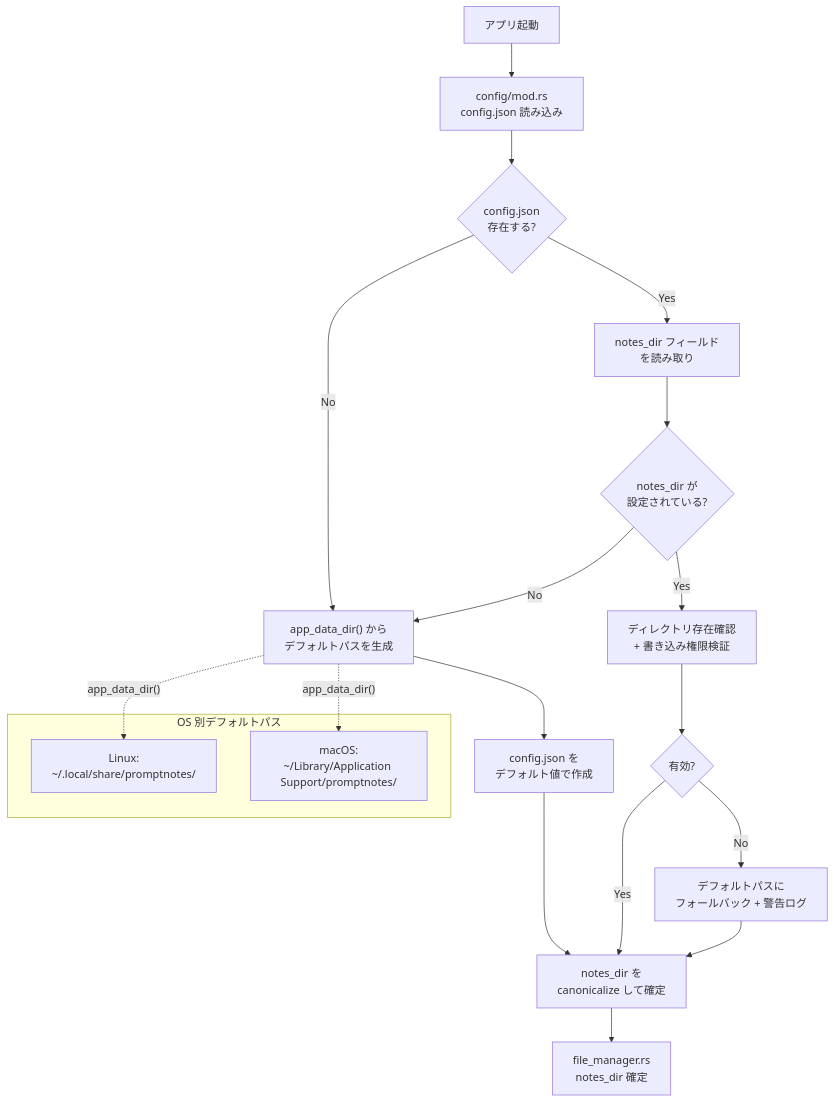
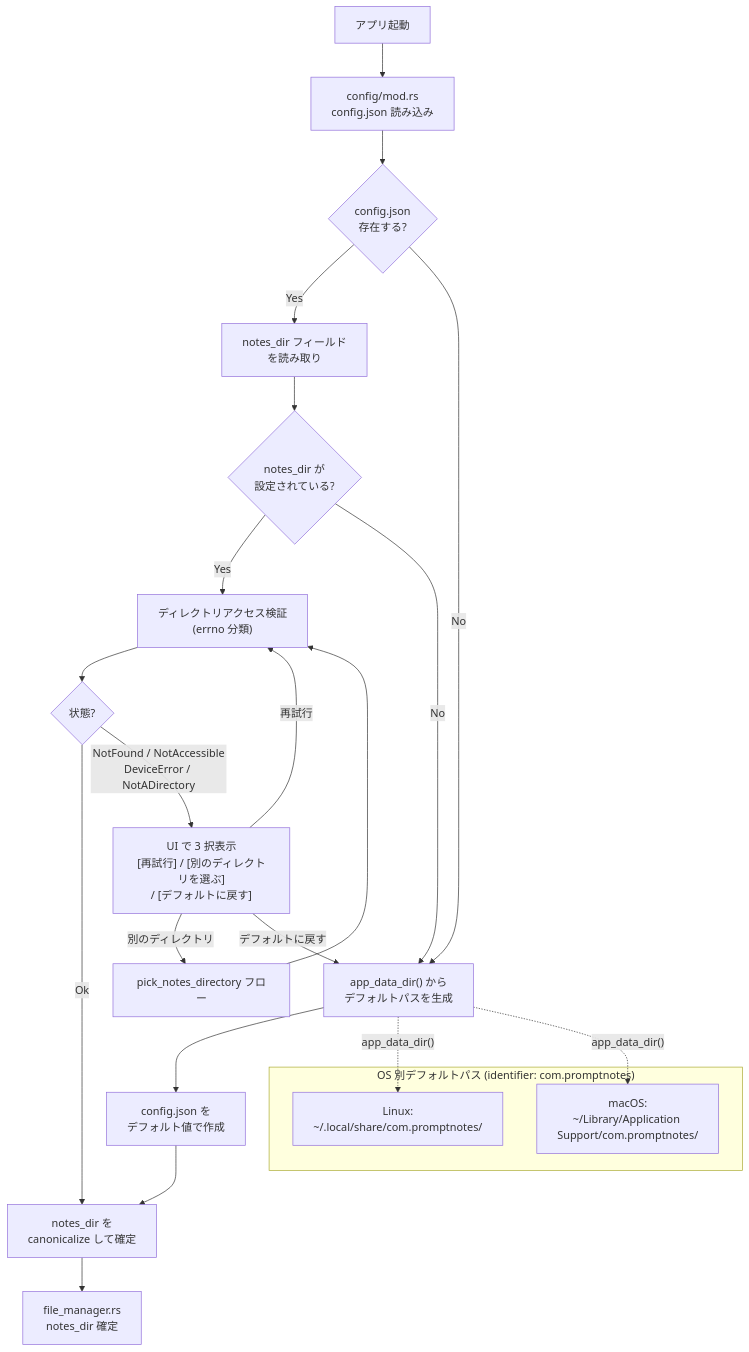
The third of 5 diagrams in docs/detailed_design/storage_fileformat_design.md (dev-komenzar/prompt-notes), drawn with Mermaid before and after one commit. The commit also changed other lines of this file and 13 other files, not shown here.

````diff
--- a/docs/detailed_design/storage_fileformat_design.md
+++ b/docs/detailed_design/storage_fileformat_design.md
@@ -157,26 +157,29 @@
 ```mermaid
 flowchart TD
     START["アプリ起動"] --> READ_CONF["config/mod.rs<br/>config.json 読み込み"]
     READ_CONF --> CONF_EXISTS{config.json<br/>存在する?}
     CONF_EXISTS -->|Yes| PARSE["notes_dir フィールド<br/>を読み取り"]
     CONF_EXISTS -->|No| DEFAULT["app_data_dir() から<br/>デフォルトパスを生成"]
     DEFAULT --> CREATE_CONF["config.json を<br/>デフォルト値で作成"]
     CREATE_CONF --> RESOLVE
     PARSE --> CUSTOM{notes_dir が<br/>設定されている?}
-    CUSTOM -->|Yes| VALIDATE["ディレクトリ存在確認<br/>+ 書き込み権限検証"]
+    CUSTOM -->|Yes| VALIDATE["ディレクトリアクセス検証<br/>(errno 分類)"]
     CUSTOM -->|No| DEFAULT
-    VALIDATE --> VALID{有効?}
-    VALID -->|Yes| RESOLVE["notes_dir を<br/>canonicalize して確定"]
-    VALID -->|No| FALLBACK["デフォルトパスに<br/>フォールバック + 警告ログ"]
-    FALLBACK --> RESOLVE
+    VALIDATE --> STATUS{状態?}
+    STATUS -->|Ok| RESOLVE["notes_dir を<br/>canonicalize して確定"]
+    STATUS -->|NotFound / NotAccessible<br/>DeviceError / NotADirectory| PROMPT["UI で 3 択表示<br/>[再試行] / [別のディレクトリを選ぶ]<br/>/ [デフォルトに戻す]"]
+    PROMPT -->|再試行| VALIDATE
+    PROMPT -->|別のディレクトリ| PICK["pick_notes_directory フロー"]
+    PROMPT -->|デフォルトに戻す| DEFAULT
+    PICK --> VALIDATE
 
     RESOLVE --> READY["file_manager.rs<br/>notes_dir 確定"]
 
-    subgraph "OS 別デフォルトパス"
-        LINUX["Linux:<br/>~/.local/share/promptnotes/"]
-        MACOS["macOS:<br/>~/Library/Application Support/promptnotes/"]
+    subgraph "OS 別デフォルトパス (identifier: com.promptnotes)"
+        LINUX["Linux:<br/>~/.local/share/com.promptnotes/"]
+        MACOS["macOS:<br/>~/Library/Application Support/com.promptnotes/"]
     end
 
     DEFAULT -.->|"app_data_dir()"| LINUX
     DEFAULT -.->|"app_data_dir()"| MACOS
 ```
````
